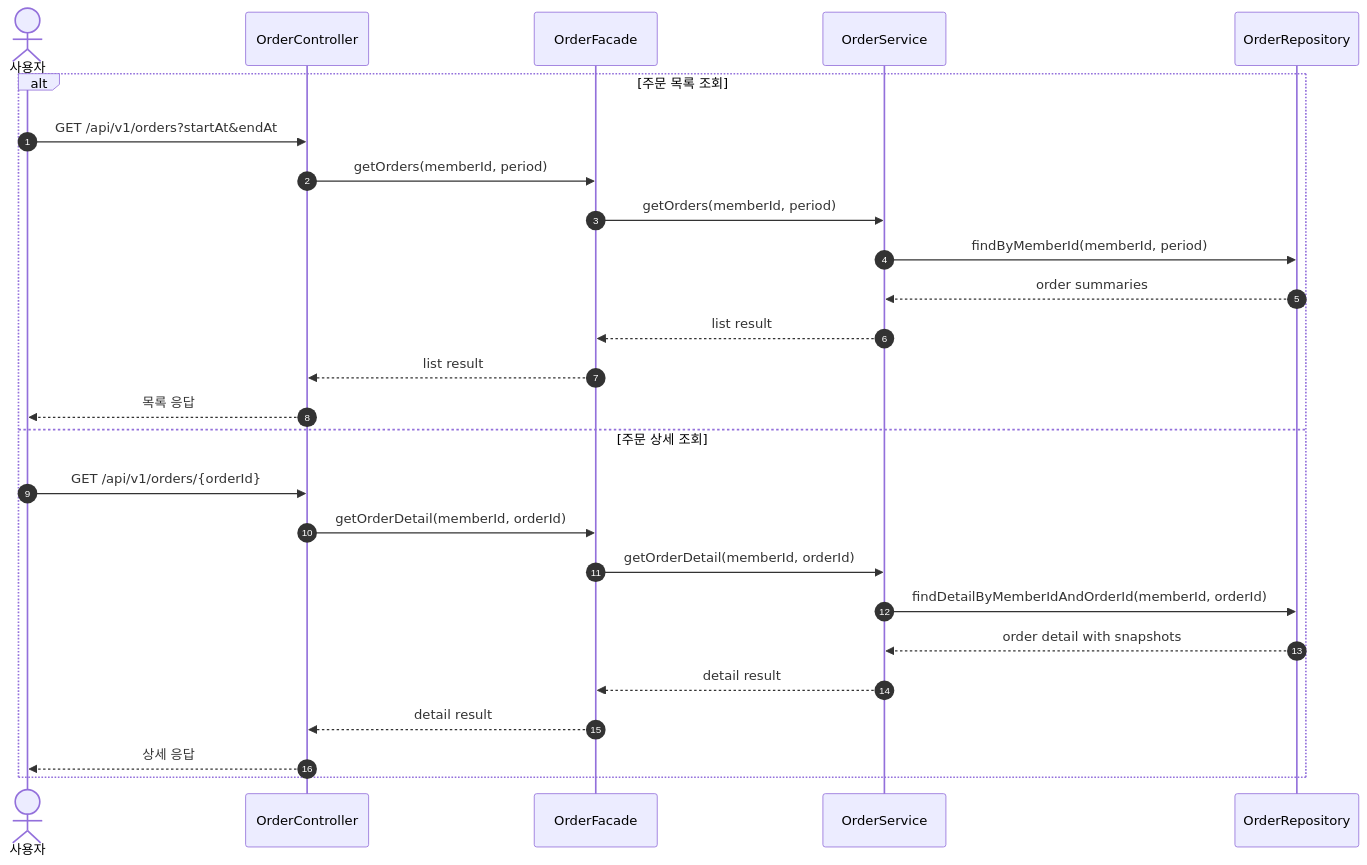
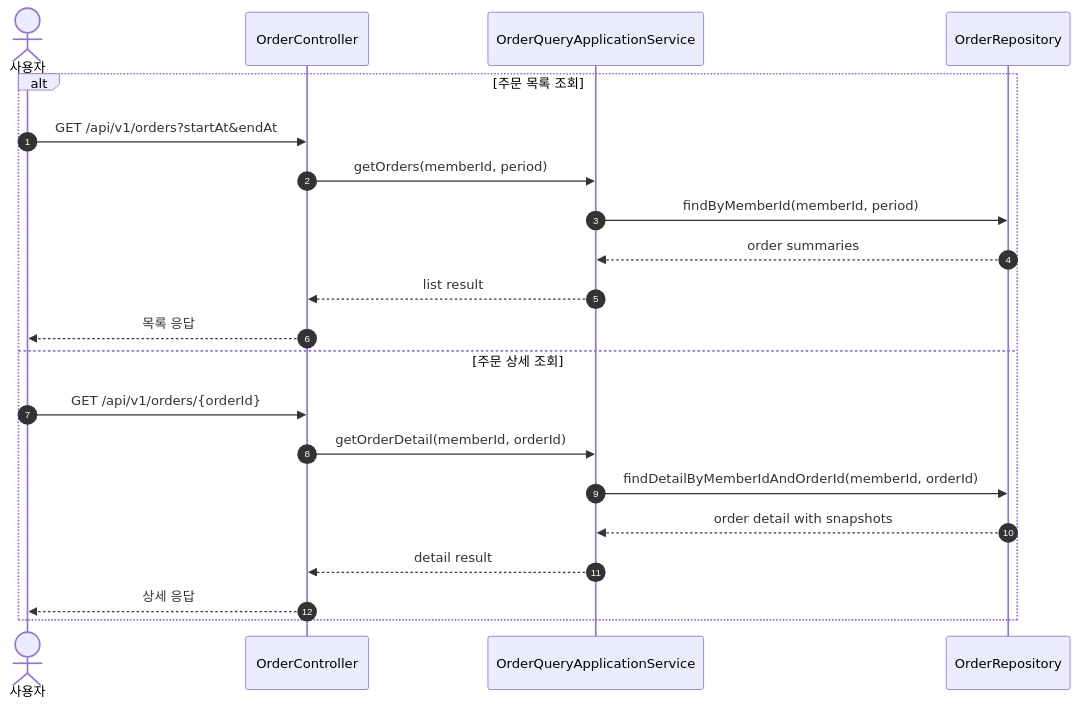
The diagram in docs/week2/04-sequence-order-query.md (loopers-labs/loop-pack-be-l2-vol4-kotlin), drawn with Mermaid before and after one commit. The commit also changed other lines of this file and 9 other files, not shown here.

Commit message:
docs: application service 와 domain service 분리에 따른 문서 수정

````diff
--- a/docs/week2/04-sequence-order-query.md
+++ b/docs/week2/04-sequence-order-query.md
@@ -10,29 +10,24 @@
 ```mermaid
 sequenceDiagram
     autonumber
     actor User as 사용자
     participant OrderController as OrderController
-    participant OrderFacade as OrderFacade
-    participant OrderService as OrderService
+    participant OrderAppService as OrderQueryApplicationService
     participant OrderRepo as OrderRepository
 
     alt 주문 목록 조회
         User->>OrderController: GET /api/v1/orders?startAt&endAt
-        OrderController->>OrderFacade: getOrders(memberId, period)
-        OrderFacade->>OrderService: getOrders(memberId, period)
-        OrderService->>OrderRepo: findByMemberId(memberId, period)
-        OrderRepo-->>OrderService: order summaries
-        OrderService-->>OrderFacade: list result
-        OrderFacade-->>OrderController: list result
+        OrderController->>OrderAppService: getOrders(memberId, period)
+        OrderAppService->>OrderRepo: findByMemberId(memberId, period)
+        OrderRepo-->>OrderAppService: order summaries
+        OrderAppService-->>OrderController: list result
         OrderController-->>User: 목록 응답
     else 주문 상세 조회
         User->>OrderController: GET /api/v1/orders/{orderId}
-        OrderController->>OrderFacade: getOrderDetail(memberId, orderId)
-        OrderFacade->>OrderService: getOrderDetail(memberId, orderId)
-        OrderService->>OrderRepo: findDetailByMemberIdAndOrderId(memberId, orderId)
-        OrderRepo-->>OrderService: order detail with snapshots
-        OrderService-->>OrderFacade: detail result
-        OrderFacade-->>OrderController: detail result
+        OrderController->>OrderAppService: getOrderDetail(memberId, orderId)
+        OrderAppService->>OrderRepo: findDetailByMemberIdAndOrderId(memberId, orderId)
+        OrderRepo-->>OrderAppService: order detail with snapshots
+        OrderAppService-->>OrderController: detail result
         OrderController-->>User: 상세 응답
     end
 ```
````
